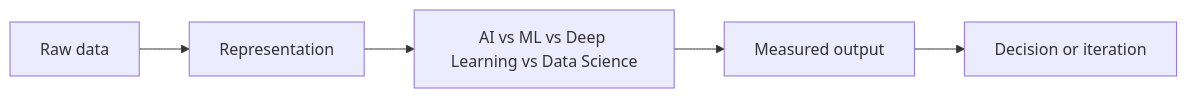
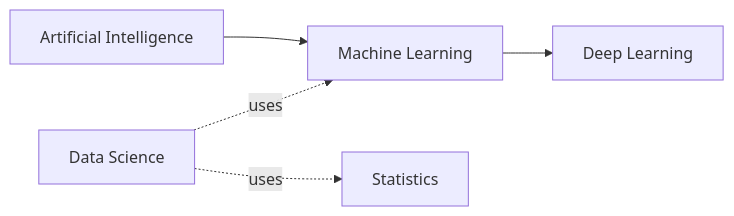
Before and after one commit to Icon1cc/Machine-Learning: the diagram in fundamentals/02-ai-vs-ml-vs-deep-learning-vs-data-science.md, drawn with Mermaid. The commit also changed other lines of this file and 264 other files, not shown here.

````diff
--- a/fundamentals/02-ai-vs-ml-vs-deep-learning-vs-data-science.md
+++ b/fundamentals/02-ai-vs-ml-vs-deep-learning-vs-data-science.md
@@ -92,7 +57,7 @@
 ```mermaid
 flowchart LR
-    A[Raw data] --> B[Representation]
-    B --> C[AI vs ML vs Deep Learning vs Data Science]
-    C --> D[Measured output]
-    D --> E[Decision or iteration]
+    AI[Artificial Intelligence] --> ML[Machine Learning]
+    ML --> DL[Deep Learning]
+    DS[Data Science] -. uses .-> ML
+    DS -. uses .-> Stats[Statistics]
 ```
````
